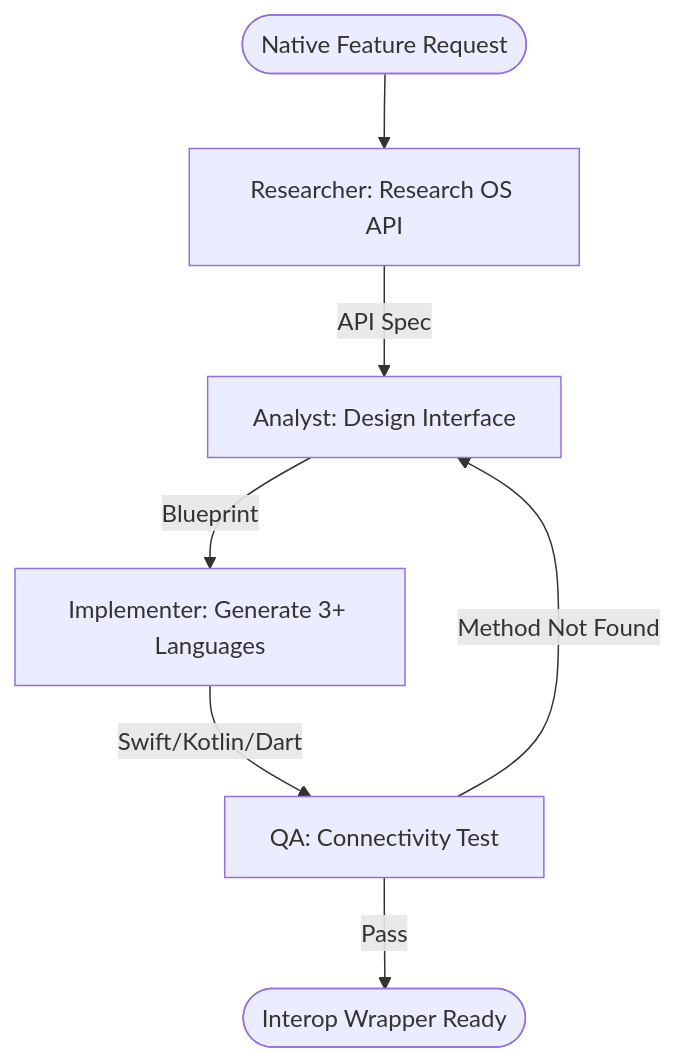
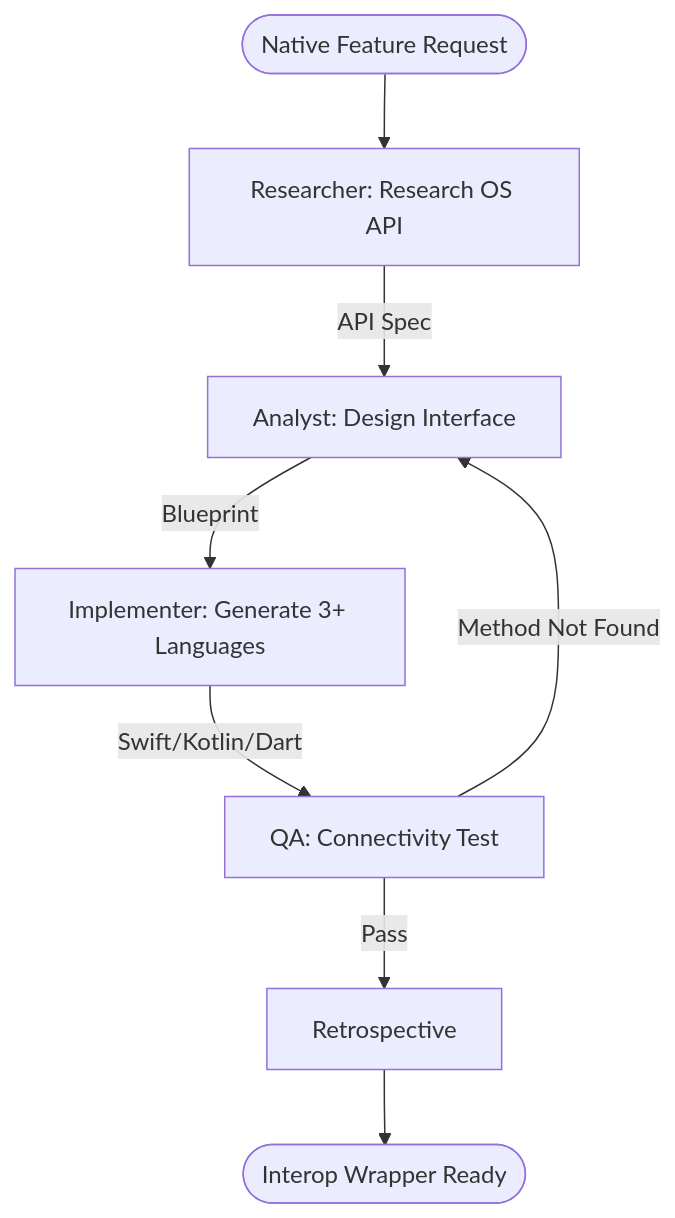
Before and after one commit to seanspiesman/Agents-and-Workflows: the diagram in custom-agents/workflows/mobile/NativeInterop.workflow.md, drawn with Mermaid. The commit also changed other lines of this file and 38 other files, not shown here.

````diff
--- a/custom-agents/workflows/mobile/NativeInterop.workflow.md
+++ b/custom-agents/workflows/mobile/NativeInterop.workflow.md
@@ -58,9 +66,10 @@
 ```mermaid
 flowchart TD
     Start([Native Feature Request]) --> P1[Researcher: Research OS API]
     P1 -->|API Spec| P2[Analyst: Design Interface]
     P2 -->|Blueprint| P3[Implementer: Generate 3+ Languages]
     P3 -->|Swift/Kotlin/Dart| P4[QA: Connectivity Test]
     P4 -->|Method Not Found| P2
-    P4 -->|Pass| End([Interop Wrapper Ready])
+    P4 -->|Pass| P5[Retrospective]
+    P5 --> End([Interop Wrapper Ready])
 ```
````
